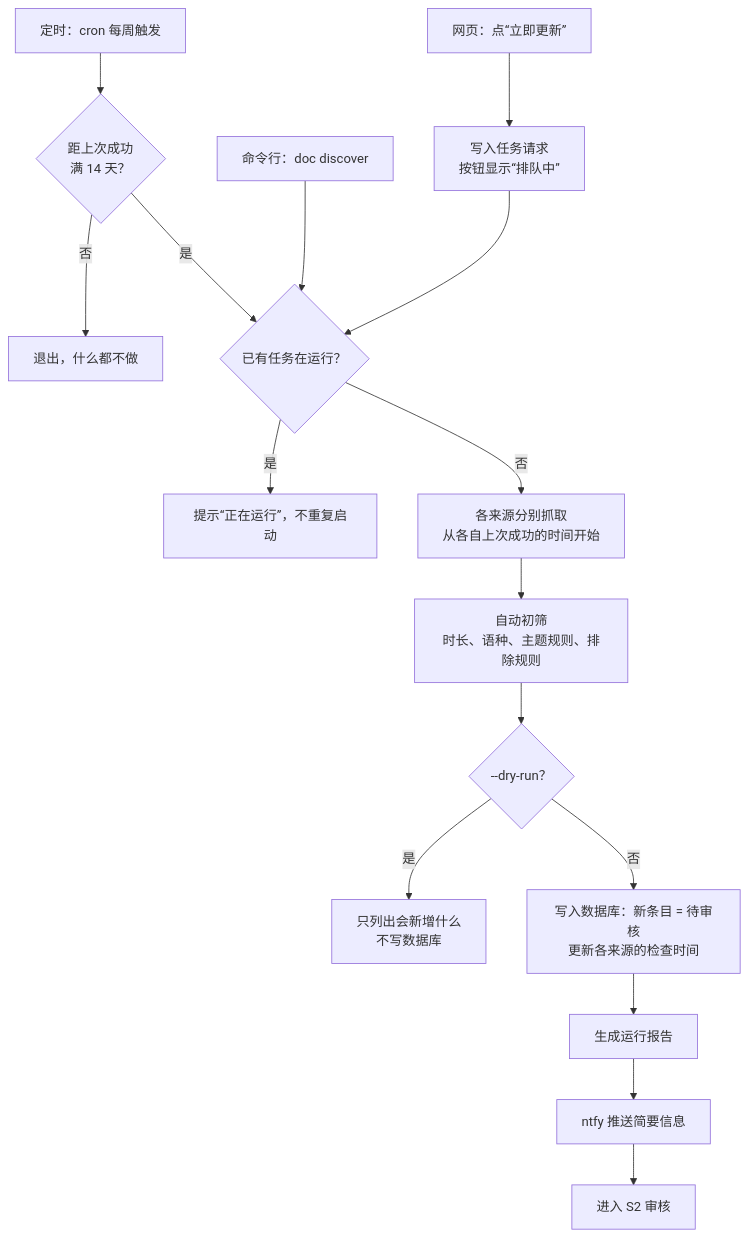
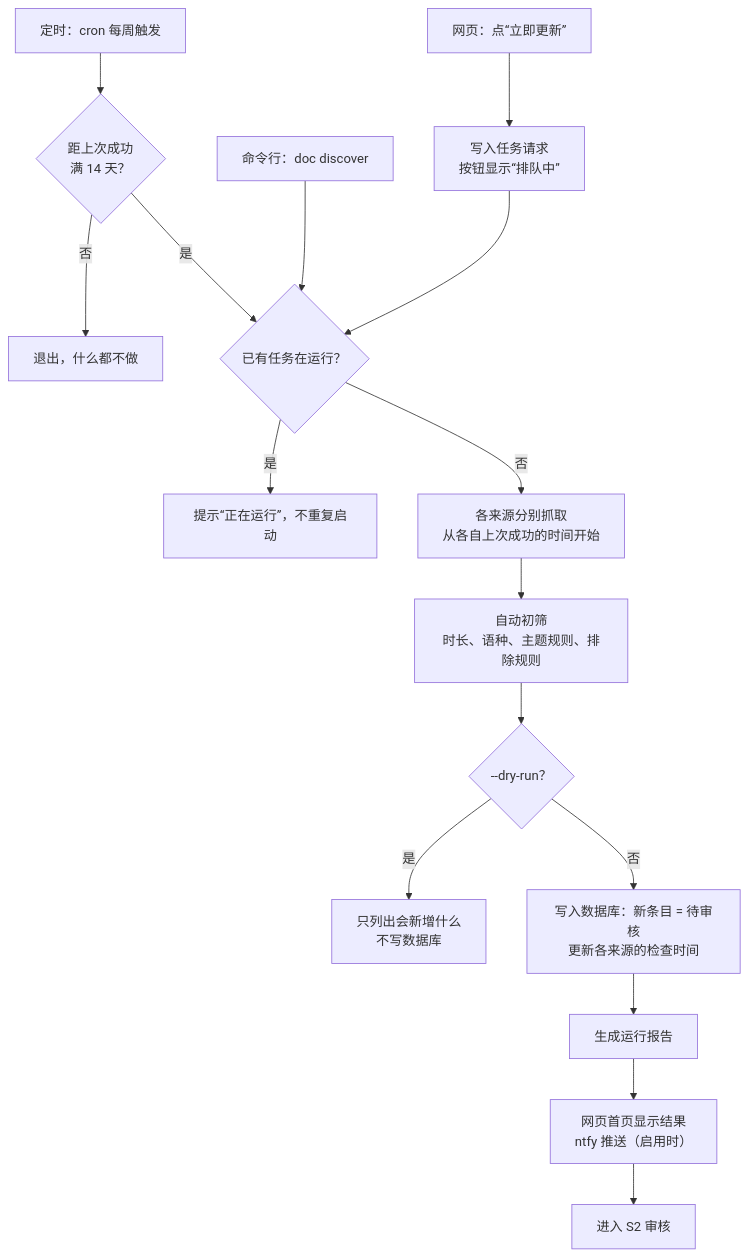
One commit to hfeng-9527/Documentary changed the third of 11 diagrams in docs/scenarios.md. Above: the diagram before and after it, drawn with Mermaid. The commit also changed other lines of this file and 6 other files, not shown here.

````diff
--- a/docs/scenarios.md
+++ b/docs/scenarios.md
@@ -83,18 +83,18 @@
 ```mermaid
 flowchart TD
     T1["定时：cron 每周触发"] --> G{"距上次成功<br/>满 14 天？"}
     G -->|否| Z["退出，什么都不做"]
     G -->|是| L
     T2["命令行：doc discover"] --> L
     T3["网页：点“立即更新”"] --> Q["写入任务请求<br/>按钮显示“排队中”"]
     Q --> L{"已有任务在运行？"}
     L -->|是| Y["提示“正在运行”，不重复启动"]
     L -->|否| F["各来源分别抓取<br/>从各自上次成功的时间开始"]
     F --> P["自动初筛<br/>时长、语种、主题规则、排除规则"]
     P --> D{"--dry-run？"}
     D -->|是| V["只列出会新增什么<br/>不写数据库"]
     D -->|否| W["写入数据库：新条目 = 待审核<br/>更新各来源的检查时间"]
     W --> R["生成运行报告"]
-    R --> N["ntfy 推送简要信息"]
+    R --> N["网页首页显示结果<br/>ntfy 推送（启用时）"]
     N --> S2["进入 S2 审核"]
 ```
````
